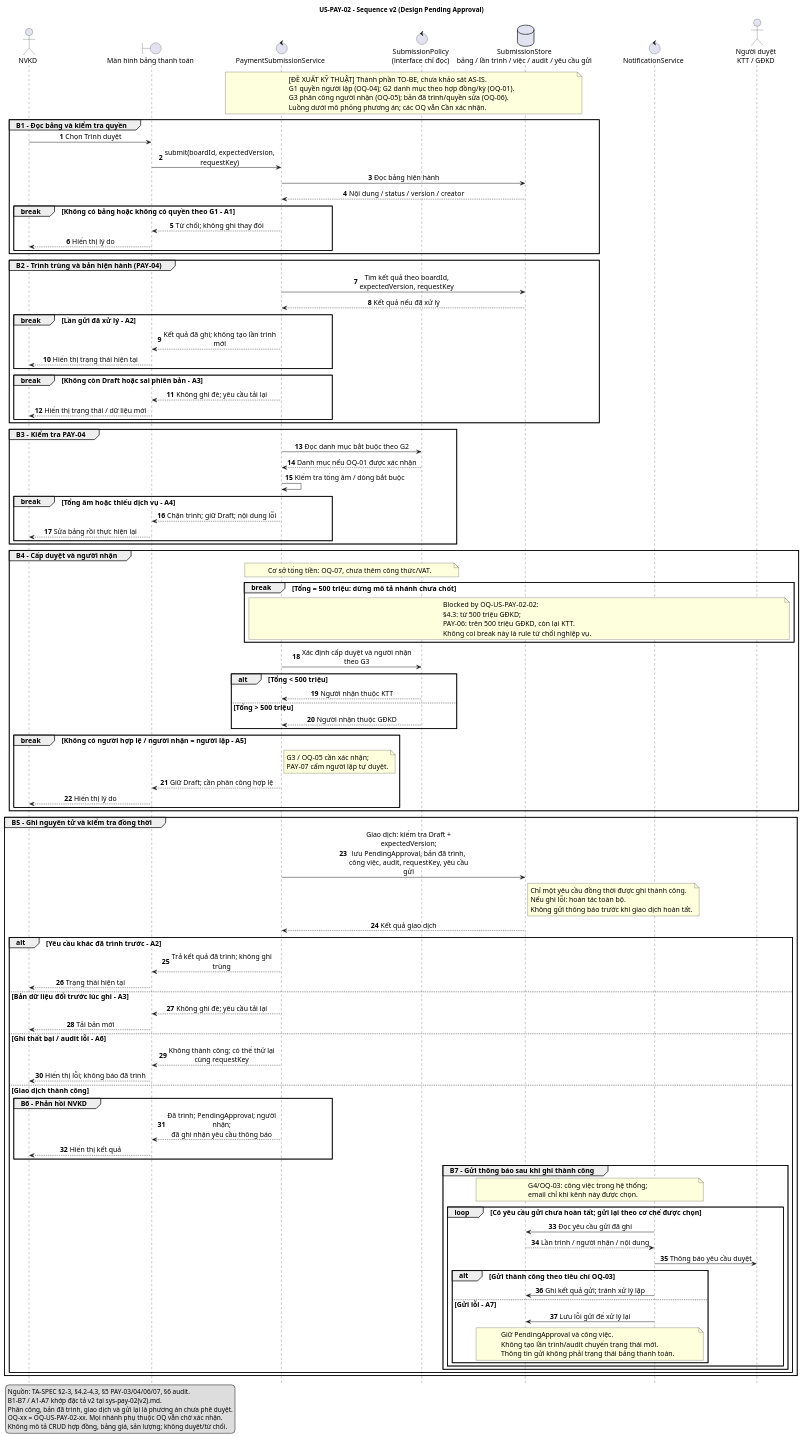
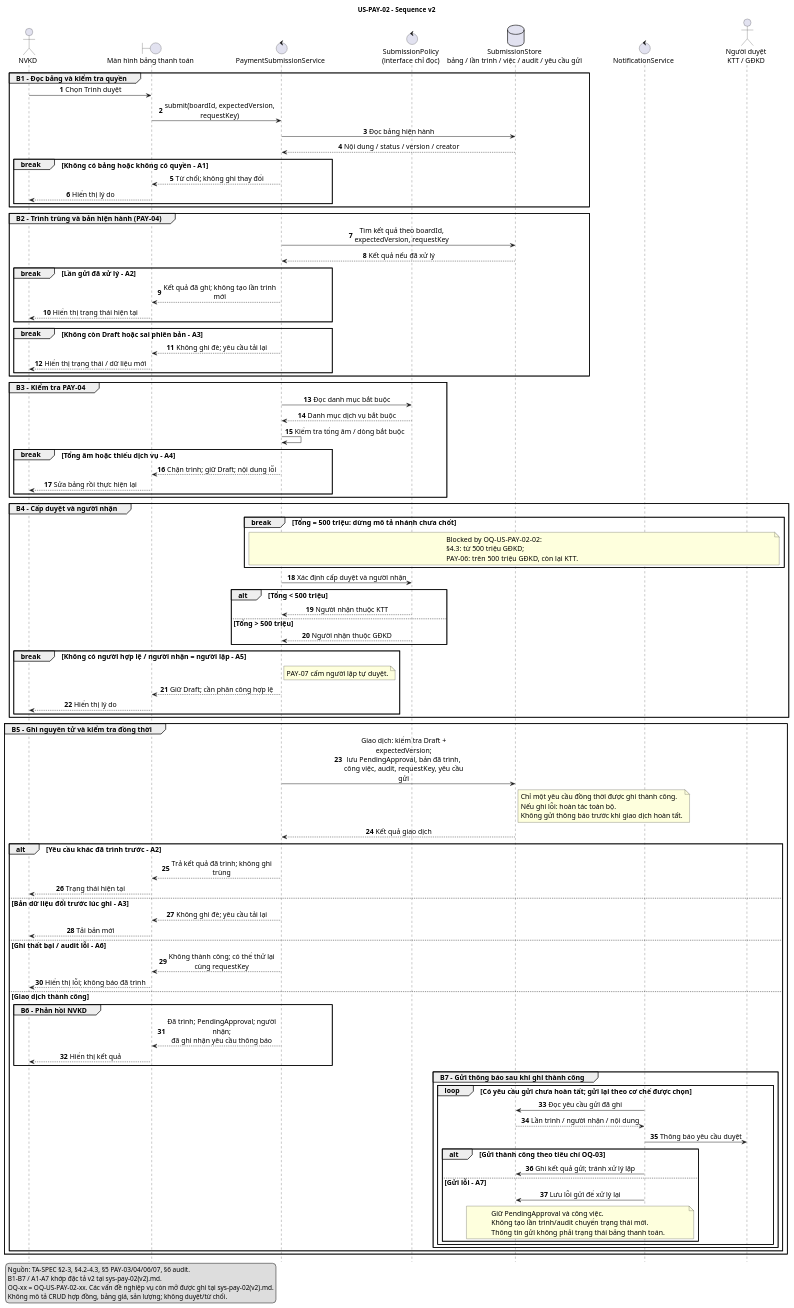
The diagram in docs/analysis/payment-management/diagrams/sequence-us-pay-02-v2.puml (danwanh/03-QTKD-Seminar), drawn with PlantUML before and after one commit. The commit also changed 3 other files, not shown here.

Commit message:
update sequence diagram

```diff
--- a/docs/analysis/payment-management/diagrams/sequence-us-pay-02-v2.puml
+++ b/docs/analysis/payment-management/diagrams/sequence-us-pay-02-v2.puml
@@ -1,131 +1,122 @@
 @startuml sequence-us-pay-02-v2
-title US-PAY-02 - Sequence v2 (Design Pending Approval)
+title US-PAY-02 - Sequence v2
 hide footbox
 autonumber
 skinparam defaultFontName Arial
 skinparam defaultFontSize 15
 skinparam sequenceMessageAlign center
 skinparam maxMessageSize 260
 actor NVKD
 boundary "Màn hình bảng thanh toán" as UI
 control PaymentSubmissionService as Service
 control "SubmissionPolicy\n(interface chỉ đọc)" as Policy
 database "SubmissionStore\nbảng / lần trình / việc / audit / yêu cầu gửi" as Store
 control NotificationService as Notify
 actor "Người duyệt\nKTT / GĐKD" as Approver
 
-note over Service, Store
-[ĐỀ XUẤT KỸ THUẬT] Thành phần TO-BE, chưa khảo sát AS-IS.
-G1 quyền người lập (OQ-04); G2 danh mục theo hợp đồng/kỳ (OQ-01).
-G3 phân công người nhận (OQ-05); bản đã trình/quyền sửa (OQ-06).
-Luồng dưới mô phỏng phương án; các OQ vẫn Cần xác nhận.
-end note
+
 
 group B1 - Đọc bảng và kiểm tra quyền
  NVKD -> UI : Chọn Trình duyệt
  UI -> Service : submit(boardId, expectedVersion, requestKey)
  Service -> Store : Đọc bảng hiện hành
  Store --> Service : Nội dung / status / version / creator
- break Không có bảng hoặc không có quyền theo G1 - A1
+ break Không có bảng hoặc không có quyền  - A1
    Service --> UI : Từ chối; không ghi thay đổi
    UI --> NVKD : Hiển thị lý do
  end
 end
 
 group B2 - Trình trùng và bản hiện hành (PAY-04)
  Service -> Store : Tìm kết quả theo boardId, expectedVersion, requestKey
  Store --> Service : Kết quả nếu đã xử lý
  break Lần gửi đã xử lý - A2
    Service --> UI : Kết quả đã ghi; không tạo lần trình mới
    UI --> NVKD : Hiển thị trạng thái hiện tại
  end
  break Không còn Draft hoặc sai phiên bản - A3
    Service --> UI : Không ghi đè; yêu cầu tải lại
    UI --> NVKD : Hiển thị trạng thái / dữ liệu mới
  end
 end
 
 group B3 - Kiểm tra PAY-04
- Service -> Policy : Đọc danh mục bắt buộc theo G2
- Policy --> Service : Danh mục nếu OQ-01 được xác nhận
+ Service -> Policy : Đọc danh mục bắt buộc 
+ Policy --> Service : Danh mục dịch vụ bắt buộc
  Service -> Service : Kiểm tra tổng âm / dòng bắt buộc
  break Tổng âm hoặc thiếu dịch vụ - A4
    Service --> UI : Chặn trình; giữ Draft; nội dung lỗi
    UI --> NVKD : Sửa bảng rồi thực hiện lại
  end
 end
 
 group B4 - Cấp duyệt và người nhận
- note over Service, Policy : Cơ sở tổng tiền: OQ-07, chưa thêm công thức/VAT.
  break Tổng = 500 triệu: dừng mô tả nhánh chưa chốt
    note over Service, Approver
    Blocked by OQ-US-PAY-02-02:
    §4.3: từ 500 triệu GĐKD;
    PAY-06: trên 500 triệu GĐKD, còn lại KTT.
-   Không coi break này là rule từ chối nghiệp vụ.
    end note
  end
- Service -> Policy : Xác định cấp duyệt và người nhận theo G3
+ Service -> Policy : Xác định cấp duyệt và người nhận 
  alt Tổng < 500 triệu
    Policy --> Service : Người nhận thuộc KTT
  else Tổng > 500 triệu
    Policy --> Service : Người nhận thuộc GĐKD
  end
  break Không có người hợp lệ / người nhận = người lập - A5
-   note right of Service : G3 / OQ-05 cần xác nhận;\nPAY-07 cấm người lập tự duyệt.
+   note right of Service : PAY-07 cấm người lập tự duyệt.
    Service --> UI : Giữ Draft; cần phân công hợp lệ
    UI --> NVKD : Hiển thị lý do
  end
 end
 
 group B5 - Ghi nguyên tử và kiểm tra đồng thời
  Service -> Store : Giao dịch: kiểm tra Draft + expectedVersion;\nlưu PendingApproval, bản đã trình,\ncông việc, audit, requestKey, yêu cầu gửi
  note right of Store
  Chỉ một yêu cầu đồng thời được ghi thành công.
  Nếu ghi lỗi: hoàn tác toàn bộ.
  Không gửi thông báo trước khi giao dịch hoàn tất.
  end note
  Store --> Service : Kết quả giao dịch
  alt Yêu cầu khác đã trình trước - A2
    Service --> UI : Trả kết quả đã trình; không ghi trùng
    UI --> NVKD : Trạng thái hiện tại
  else Bản dữ liệu đổi trước lúc ghi - A3
    Service --> UI : Không ghi đè; yêu cầu tải lại
    UI --> NVKD : Tải bản mới
  else Ghi thất bại / audit lỗi - A6
    Service --> UI : Không thành công; có thể thử lại cùng requestKey
    UI --> NVKD : Hiển thị lỗi; không báo đã trình
  else Giao dịch thành công
    group B6 - Phản hồi NVKD
      Service --> UI : Đã trình; PendingApproval; người nhận;\nđã ghi nhận yêu cầu thông báo
      UI --> NVKD : Hiển thị kết quả
    end
    group B7 - Gửi thông báo sau khi ghi thành công
-     note over Store, Notify : G4/OQ-03: công việc trong hệ thống;\nemail chỉ khi kênh này được chọn.
      loop Có yêu cầu gửi chưa hoàn tất; gửi lại theo cơ chế được chọn
        Notify -> Store : Đọc yêu cầu gửi đã ghi
        Store --> Notify : Lần trình / người nhận / nội dung
        Notify -> Approver : Thông báo yêu cầu duyệt
        alt Gửi thành công theo tiêu chí OQ-03
          Notify -> Store : Ghi kết quả gửi; tránh xử lý lặp
        else Gửi lỗi - A7
          Notify -> Store : Lưu lỗi gửi để xử lý lại
          note over Store, Notify
          Giữ PendingApproval và công việc.
          Không tạo lần trình/audit chuyển trạng thái mới.
          Thông tin gửi không phải trạng thái bảng thanh toán.
          end note
        end
      end
    end
  end
 end
 
 legend left
 Nguồn: TA-SPEC §2–3, §4.2–4.3, §5 PAY-03/04/06/07, §6 audit.
 B1–B7 / A1–A7 khớp đặc tả v2 tại sys-pay-02(v2).md.
-Phân công, bản đã trình, giao dịch và gửi lại là phương án chưa phê duyệt.
-OQ-xx = OQ-US-PAY-02-xx. Mọi nhánh phụ thuộc OQ vẫn chờ xác nhận.
+OQ-xx = OQ-US-PAY-02-xx. Các vấn đề nghiệp vụ còn mở được ghi tại sys-pay-02(v2).md.
 Không mô tả CRUD hợp đồng, bảng giá, sản lượng; không duyệt/từ chối.
 endlegend
 @enduml
```
